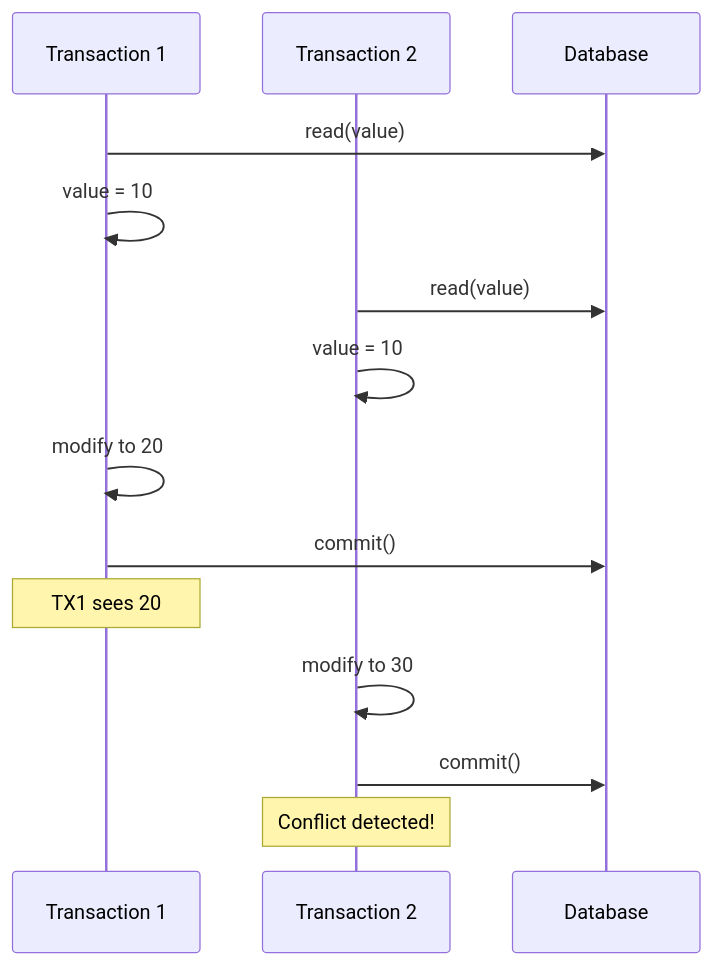
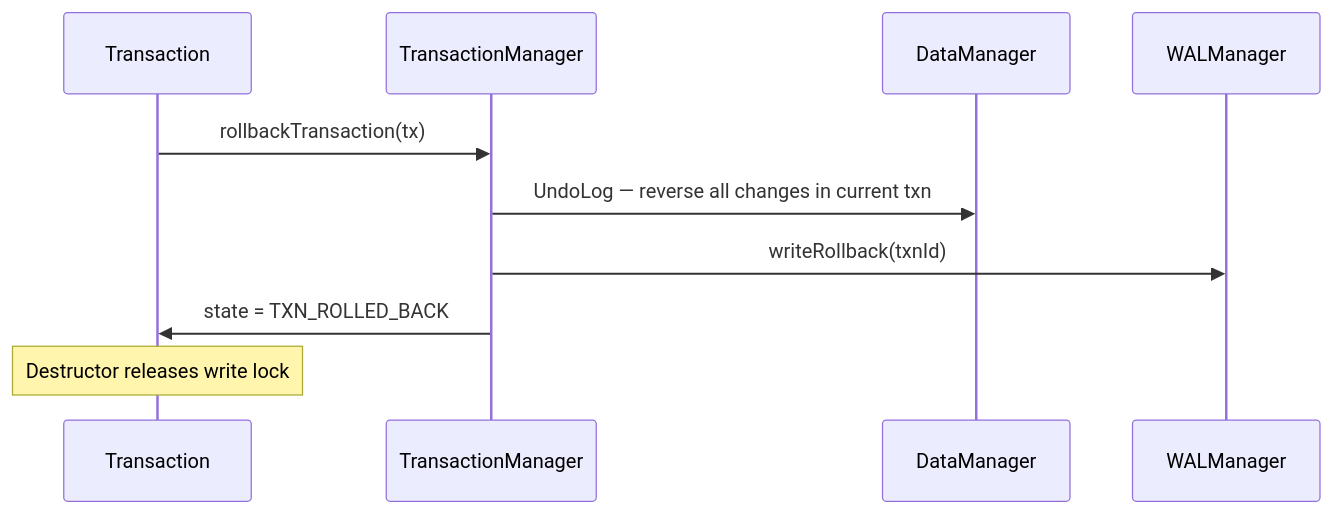
One commit to nexepic/zyx changed the fourth of 5 diagrams in docs/apps/docs/content/docs/en/zyx/architecture/transactions.mdx. Above: the diagram before and after it, drawn with Mermaid. The commit also changed other lines of this file and 73 other files, not shown here.

````diff
--- a/docs/apps/docs/content/docs/en/zyx/architecture/transactions.mdx
+++ b/docs/apps/docs/content/docs/en/zyx/architecture/transactions.mdx
@@ -74,20 +94,13 @@
 ```mermaid
 sequenceDiagram
-    participant TX1 as Transaction 1
-    participant TX2 as Transaction 2
-    participant DB as Database
+    participant TX as Transaction
+    participant TM as TransactionManager
+    participant DM as DataManager
+    participant WAL as WALManager
 
-    TX1->>DB: read(value)
-    TX1->>TX1: value = 10
-
-    TX2->>DB: read(value)
-    TX2->>TX2: value = 10
-
-    TX1->>TX1: modify to 20
-    TX1->>DB: commit()
-    Note over TX1: TX1 sees 20
-
-    TX2->>TX2: modify to 30
-    TX2->>DB: commit()
-    Note over TX2: Conflict detected!
+    TX->>TM: rollbackTransaction(tx)
+    TM->>DM: UndoLog — reverse all changes in current txn
+    TM->>WAL: writeRollback(txnId)
+    TM->>TX: state = TXN_ROLLED_BACK
+    Note over TX: Destructor releases write lock
 ```
````
